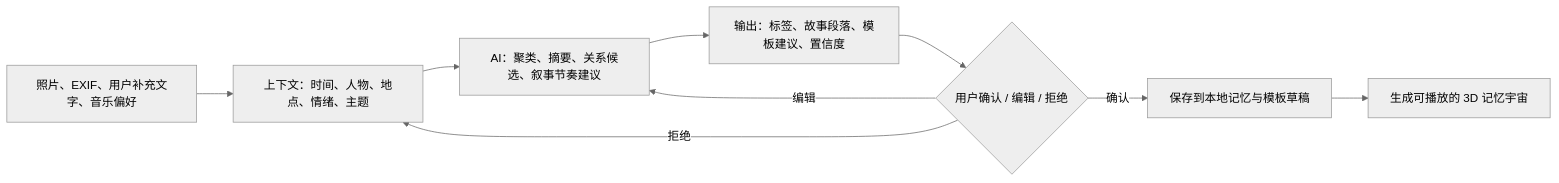
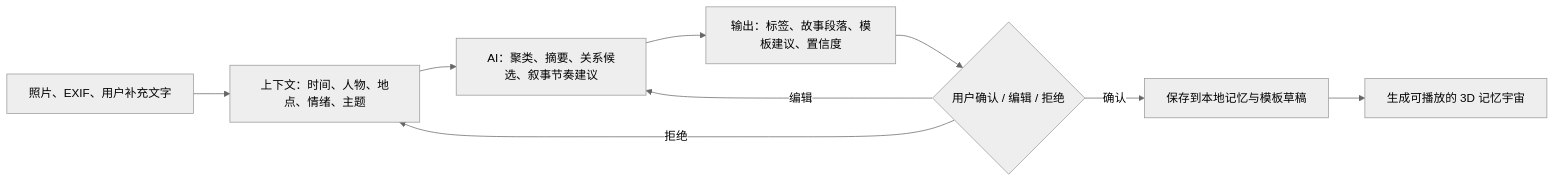
One commit to 3555489035ppx-wq/memory-universe changed the third of 3 diagrams in docs/USER_FLOW.md. Above: the diagram before and after it, drawn with Mermaid (neutral theme). The commit also changed other lines of this file and 62 other files, not shown here.

````diff
--- a/docs/USER_FLOW.md
+++ b/docs/USER_FLOW.md
@@ -33,11 +33,11 @@
 ```mermaid
 flowchart LR
-  I1[照片、EXIF、用户补充文字、音乐偏好] --> C1[上下文：时间、人物、地点、情绪、主题]
+  I1[照片、EXIF、用户补充文字] --> C1[上下文：时间、人物、地点、情绪、主题]
   C1 --> P1[AI：聚类、摘要、关系候选、叙事节奏建议]
   P1 --> O1[输出：标签、故事段落、模板建议、置信度]
   O1 --> H1{用户确认 / 编辑 / 拒绝}
   H1 -->|确认| S1[保存到本地记忆与模板草稿]
   H1 -->|编辑| P1
   H1 -->|拒绝| C1
   S1 --> N1[生成可播放的 3D 记忆宇宙]
 ```
````
